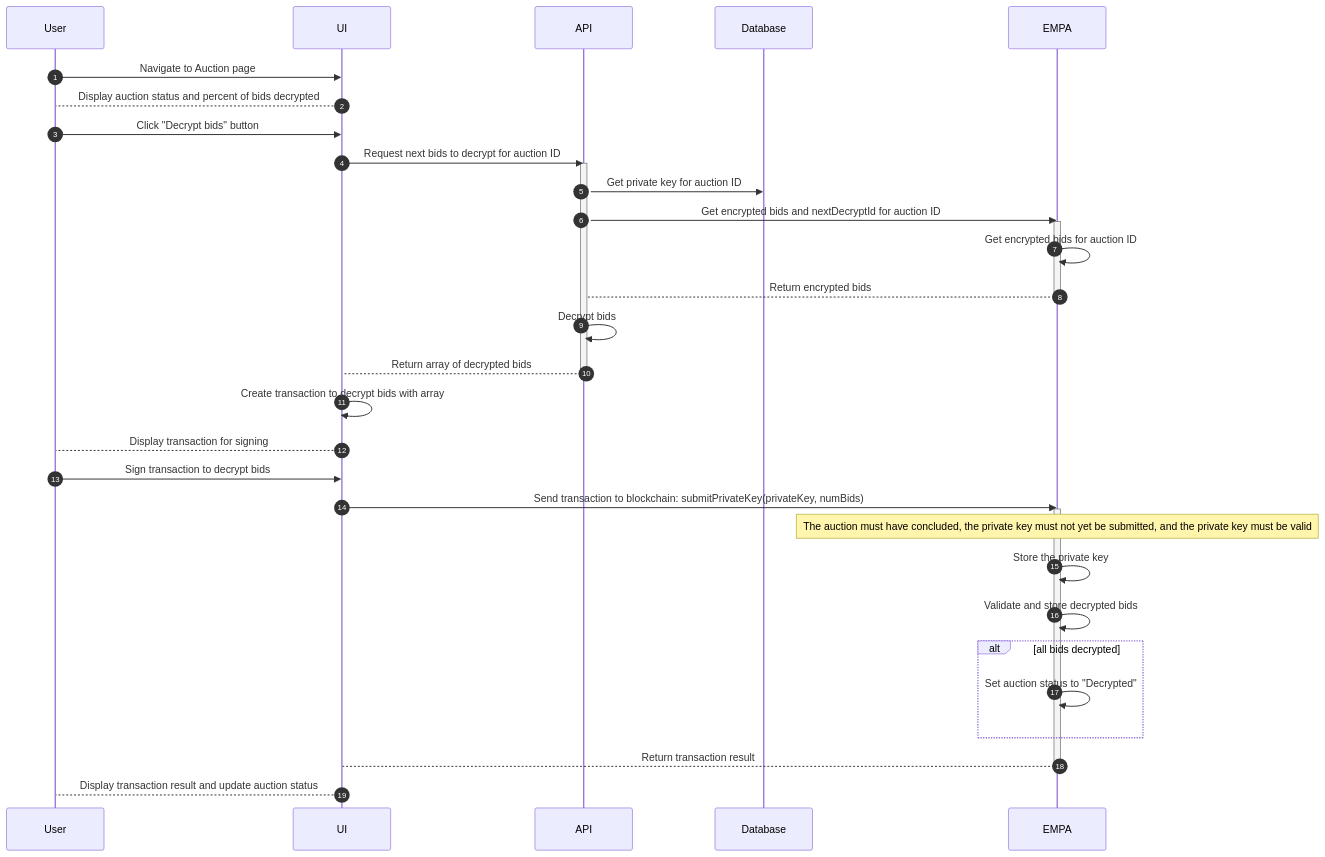
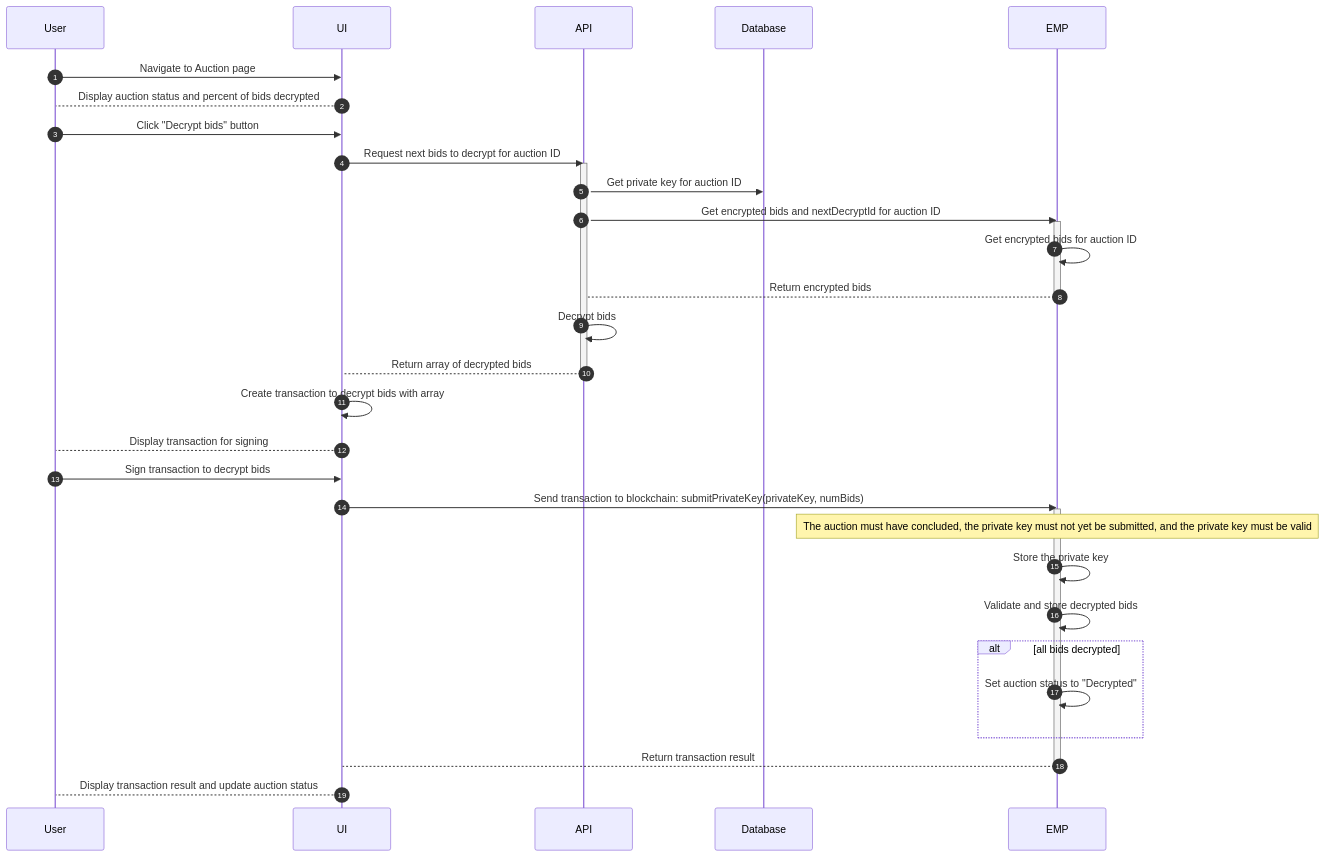
The fifth of 9 diagrams in design/EMPA.md (Axis-Fi/axis-core), drawn with Mermaid before and after one commit. The commit also changed other lines of this file and 1 other file, not shown here.

````diff
--- a/design/EMPA.md
+++ b/design/EMPA.md
@@ -280,38 +286,38 @@
 ```mermaid
 sequenceDiagram
   autoNumber
   participant User
   participant UI
   participant API
   participant Database
-  participant EMPA
+  participant EMP
 
   User->>UI: Navigate to Auction page
   UI-->User: Display auction status and percent of bids decrypted
   User->>UI: Click "Decrypt bids" button
   UI->>API: Request next bids to decrypt for auction ID
   activate API
       API->>Database: Get private key for auction ID
-      API->>EMPA: Get encrypted bids and nextDecryptId for auction ID
-      activate EMPA
-          EMPA->>EMPA: Get encrypted bids for auction ID
-          EMPA-->API: Return encrypted bids
-      deactivate EMPA
+      API->>EMP: Get encrypted bids and nextDecryptId for auction ID
+      activate EMP
+          EMP->>EMP: Get encrypted bids for auction ID
+          EMP-->API: Return encrypted bids
+      deactivate EMP
       API->>API: Decrypt bids
       API-->UI: Return array of decrypted bids
   deactivate API
   UI->>UI: Create transaction to decrypt bids with array
   UI-->User: Display transaction for signing
   User->>UI: Sign transaction to decrypt bids
-  UI->>EMPA: Send transaction to blockchain: submitPrivateKey(privateKey, numBids)
-  activate EMPA
-      Note over EMPA: The auction must have concluded, the private key must not yet be submitted, and the private key must be valid
-      EMPA->>EMPA: Store the private key
-      EMPA->>EMPA: Validate and store decrypted bids
+  UI->>EMP: Send transaction to blockchain: submitPrivateKey(privateKey, numBids)
+  activate EMP
+      Note over EMP: The auction must have concluded, the private key must not yet be submitted, and the private key must be valid
+      EMP->>EMP: Store the private key
+      EMP->>EMP: Validate and store decrypted bids
       alt all bids decrypted
-          EMPA->>EMPA: Set auction status to "Decrypted"
+          EMP->>EMP: Set auction status to "Decrypted"
       end
-      EMPA-->UI: Return transaction result
-  deactivate EMPA
+      EMP-->UI: Return transaction result
+  deactivate EMP
   UI-->User: Display transaction result and update auction status
 ```
````
